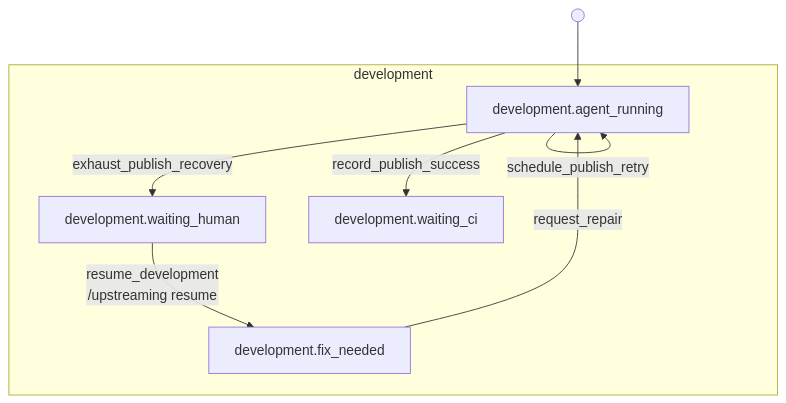
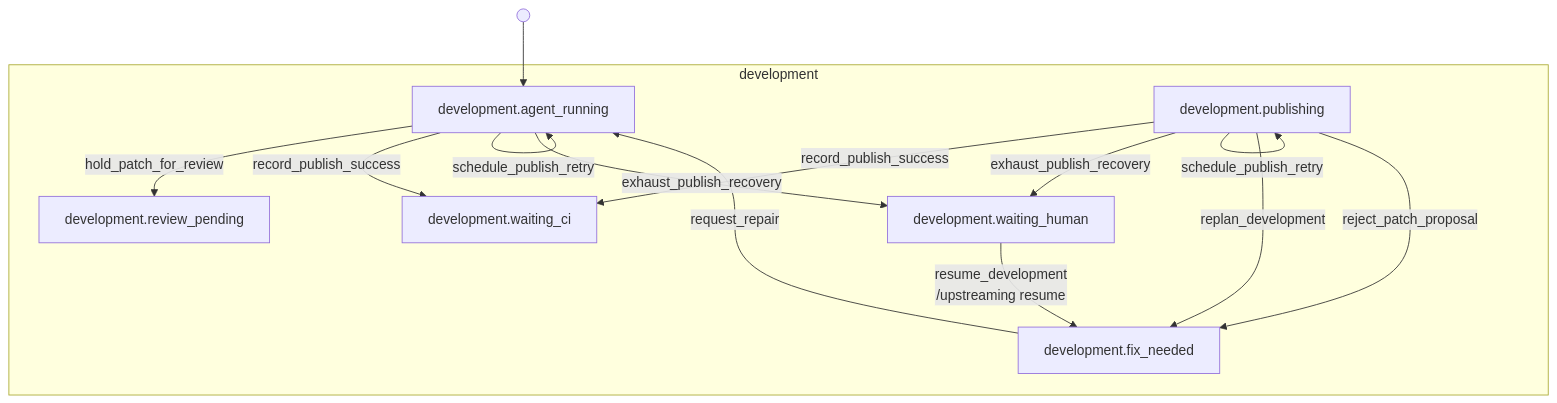
Before and after one commit to riseproject-dev/porting-agent: the eighth of 36 diagrams in docs/state-machine/index.md, drawn with Mermaid. The commit also changed other lines of this file and 61 other files, not shown here.

First line of the commit message:
Review every development patch before it is published

````diff
--- a/docs/state-machine/index.md
+++ b/docs/state-machine/index.md
@@ -326,16 +342,24 @@
 ```mermaid
 flowchart TB
     subgraph development["development"]
         development_agent_running["development.agent_running"]
+        development_publishing["development.publishing"]
         development_fix_needed["development.fix_needed"]
         development_waiting_human["development.waiting_human"]
         development_waiting_ci["development.waiting_ci"]
+        development_review_pending["development.review_pending"]
     end
 
     start_1(( )) --> development_agent_running
+    development_agent_running -->|hold_patch_for_review| development_review_pending
     development_agent_running -->|record_publish_success| development_waiting_ci
     development_agent_running -->|schedule_publish_retry| development_agent_running
     development_agent_running -->|exhaust_publish_recovery| development_waiting_human
+    development_publishing -->|record_publish_success| development_waiting_ci
+    development_publishing -->|schedule_publish_retry| development_publishing
+    development_publishing -->|exhaust_publish_recovery| development_waiting_human
+    development_publishing -->|replan_development| development_fix_needed
+    development_publishing -->|reject_patch_proposal| development_fix_needed
     development_waiting_human -->|resume_development<br/>/upstreaming resume| development_fix_needed
     development_fix_needed -->|request_repair| development_agent_running
 ```
````
